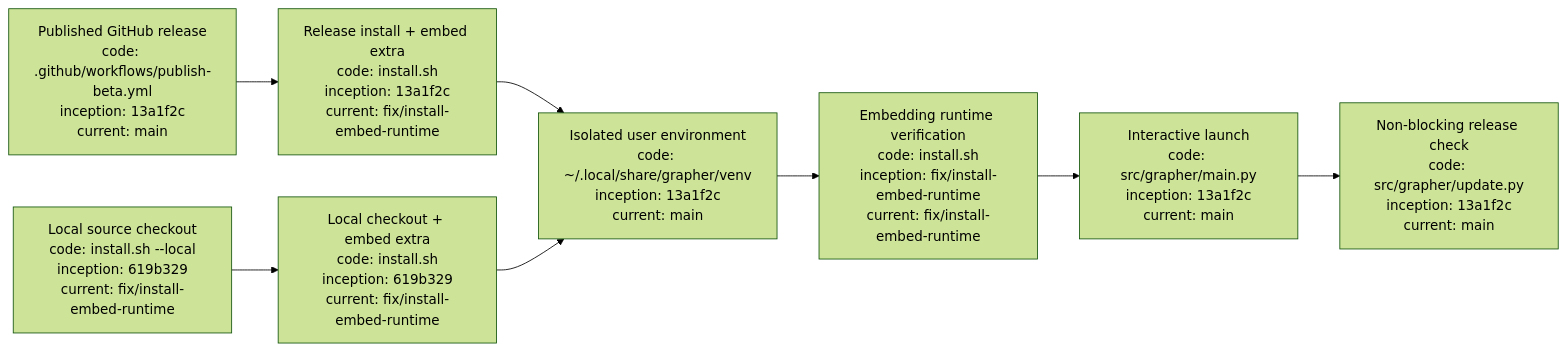
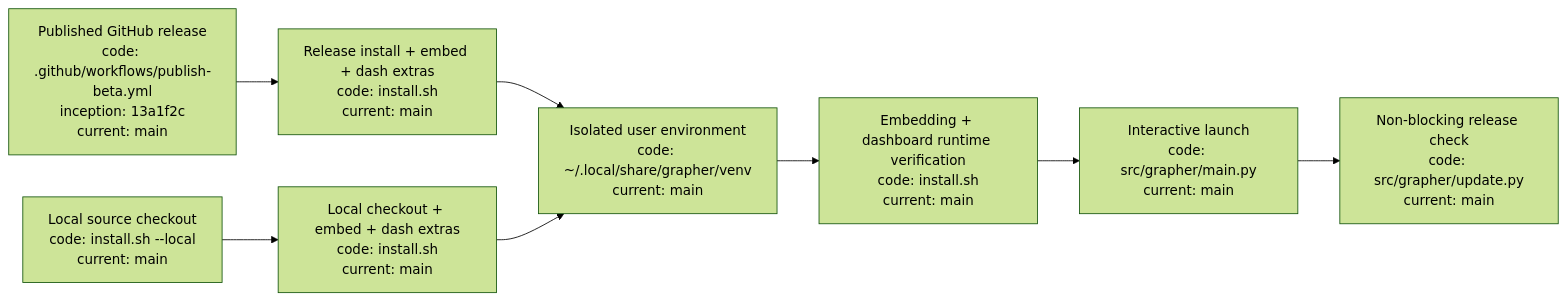
Before and after one commit to seanbman/grapher: the diagram in docs/INSTALLATION_AND_UPDATES.md, drawn with Mermaid (forest theme). The commit also changed other lines of this file, not shown here.

Commit message:
document dashboard-enabled managed installs

````diff
--- a/docs/INSTALLATION_AND_UPDATES.md
+++ b/docs/INSTALLATION_AND_UPDATES.md
@@ -135,10 +136,10 @@
 ```mermaid
 flowchart LR
-    R["Published GitHub release\ncode: .github/workflows/publish-beta.yml\ninception: 13a1f2c\ncurrent: main"] --> I["Release install + embed extra\ncode: install.sh\ninception: 13a1f2c\ncurrent: fix/install-embed-runtime"]
-    L["Local source checkout\ncode: install.sh --local\ninception: 619b329\ncurrent: fix/install-embed-runtime"] --> I2["Local checkout + embed extra\ncode: install.sh\ninception: 619b329\ncurrent: fix/install-embed-runtime"]
-    I --> V["Isolated user environment\ncode: ~/.local/share/grapher/venv\ninception: 13a1f2c\ncurrent: main"]
+    R["Published GitHub release\ncode: .github/workflows/publish-beta.yml\ninception: 13a1f2c\ncurrent: main"] --> I["Release install + embed + dash extras\ncode: install.sh\ncurrent: main"]
+    L["Local source checkout\ncode: install.sh --local\ncurrent: main"] --> I2["Local checkout + embed + dash extras\ncode: install.sh\ncurrent: main"]
+    I --> V["Isolated user environment\ncode: ~/.local/share/grapher/venv\ncurrent: main"]
     I2 --> V
-    V --> E["Embedding runtime verification\ncode: install.sh\ninception: fix/install-embed-runtime\ncurrent: fix/install-embed-runtime"]
-    E --> C["Interactive launch\ncode: src/grapher/main.py\ninception: 13a1f2c\ncurrent: main"]
-    C --> U["Non-blocking release check\ncode: src/grapher/update.py\ninception: 13a1f2c\ncurrent: main"]
+    V --> E["Embedding + dashboard runtime verification\ncode: install.sh\ncurrent: main"]
+    E --> C["Interactive launch\ncode: src/grapher/main.py\ncurrent: main"]
+    C --> U["Non-blocking release check\ncode: src/grapher/update.py\ncurrent: main"]
 ```
````
